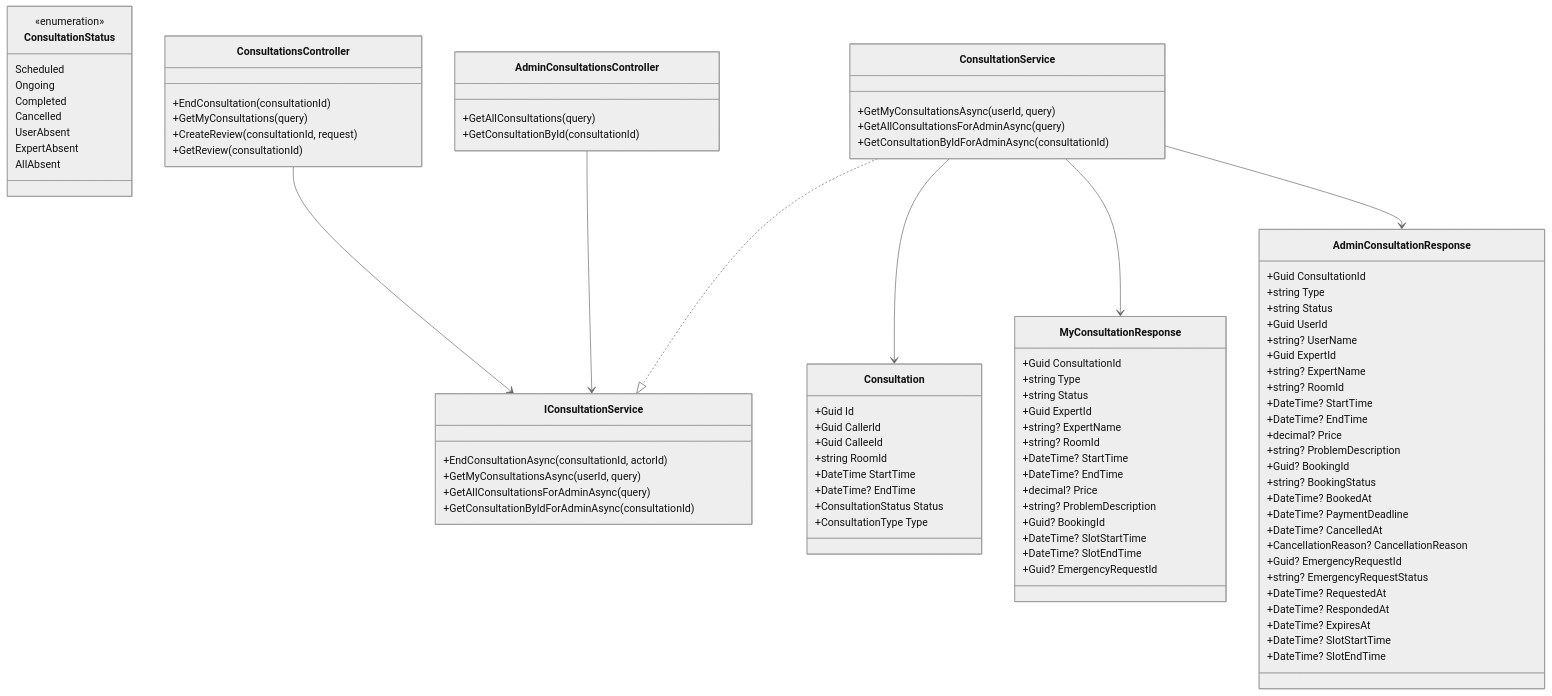
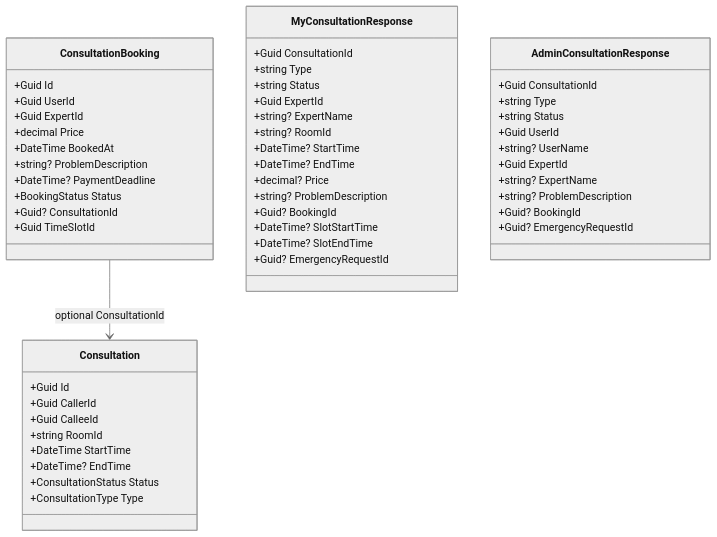
The first of 4 diagrams in Docs/05-Backend/02-layers/consultation-expert-absent/consultation-expert-absent.sourcecode.md (Snake-AID/SnakeAid.Docs), drawn with Mermaid (neutral theme) before and after one commit. The commit also changed other lines of this file and 4 other files, not shown here.

First line of the commit message:
Refactor Consultation Expert Absent Module Documentation

````diff
--- a/Docs/05-Backend/02-layers/consultation-expert-absent/consultation-expert-absent.sourcecode.md
+++ b/Docs/05-Backend/02-layers/consultation-expert-absent/consultation-expert-absent.sourcecode.md
@@ -75,40 +53,17 @@
         +ConsultationType Type
     }
 
-    class ConsultationStatus {
-        <<enumeration>>
-        Scheduled
-        Ongoing
-        Completed
-        Cancelled
-        UserAbsent
-        ExpertAbsent
-        AllAbsent
-    }
-
-    class ConsultationsController {
-        +EndConsultation(consultationId)
-        +GetMyConsultations(query)
-        +CreateReview(consultationId, request)
-        +GetReview(consultationId)
-    }
-
-    class AdminConsultationsController {
-        +GetAllConsultations(query)
-        +GetConsultationById(consultationId)
-    }
-
-    class IConsultationService {
-        +EndConsultationAsync(consultationId, actorId)
-        +GetMyConsultationsAsync(userId, query)
-        +GetAllConsultationsForAdminAsync(query)
-        +GetConsultationByIdForAdminAsync(consultationId)
-    }
-
-    class ConsultationService {
-        +GetMyConsultationsAsync(userId, query)
-        +GetAllConsultationsForAdminAsync(query)
-        +GetConsultationByIdForAdminAsync(consultationId)
+    class ConsultationBooking {
+        +Guid Id
+        +Guid UserId
+        +Guid ExpertId
+        +decimal Price
+        +DateTime BookedAt
+        +string? ProblemDescription
+        +DateTime? PaymentDeadline
+        +BookingStatus Status
+        +Guid? ConsultationId
+        +Guid TimeSlotId
     }
 
     class MyConsultationResponse {
@@ -136,30 +91,10 @@
         +string? UserName
         +Guid ExpertId
         +string? ExpertName
-        +string? RoomId
-        +DateTime? StartTime
-        +DateTime? EndTime
-        +decimal? Price
         +string? ProblemDescription
         +Guid? BookingId
-        +string? BookingStatus
-        +DateTime? BookedAt
-        +DateTime? PaymentDeadline
-        +DateTime? CancelledAt
-        +CancellationReason? CancellationReason
         +Guid? EmergencyRequestId
-        +string? EmergencyRequestStatus
-        +DateTime? RequestedAt
-        +DateTime? RespondedAt
-        +DateTime? ExpiresAt
-        +DateTime? SlotStartTime
-        +DateTime? SlotEndTime
     }
 
-    ConsultationsController --> IConsultationService
-    AdminConsultationsController --> IConsultationService
-    ConsultationService ..|> IConsultationService
-    ConsultationService --> Consultation
-    ConsultationService --> MyConsultationResponse
-    ConsultationService --> AdminConsultationResponse
+    ConsultationBooking --> Consultation : optional ConsultationId
 ```
````
